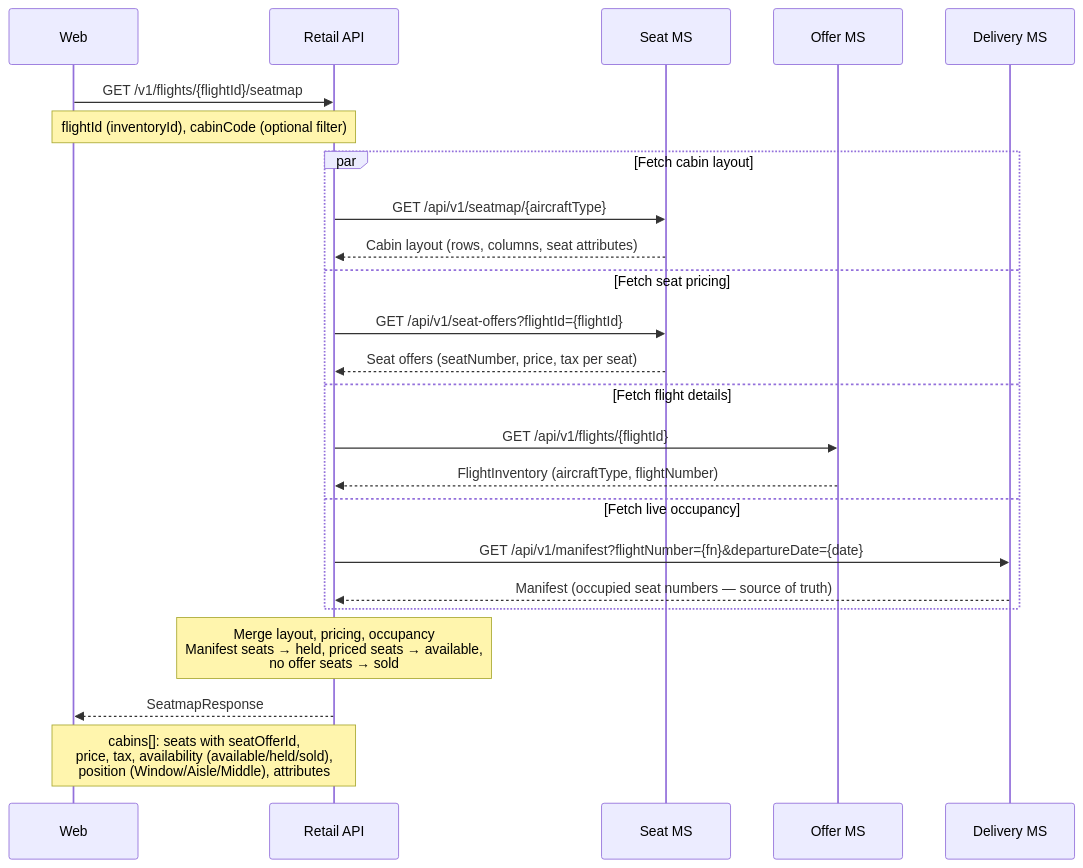
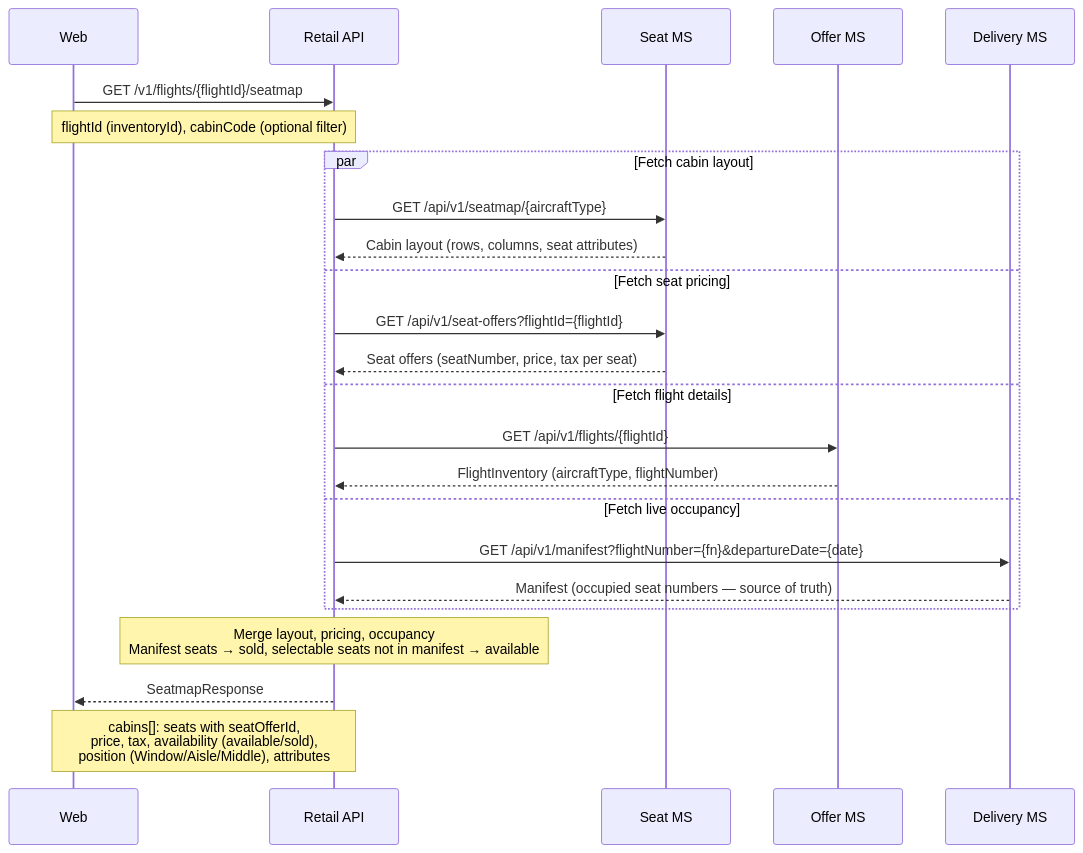
The third of 7 diagrams in documentation/sequences/check-in.md (sebharvey/airline-reservation-system), drawn with Mermaid before and after one commit. The commit also changed 9 other files, not shown here.

First line of the commit message:
docs: remove SeatReservation — derive seatmap occupancy from Delivery MS manifest

````diff
--- a/documentation/sequences/check-in.md
+++ b/documentation/sequences/check-in.md
@@ -75,30 +75,30 @@
 ```mermaid
 sequenceDiagram
     participant Web
     participant RetailAPI as Retail API
     participant SeatMS as Seat MS
     participant OfferMS as Offer MS
     participant DeliveryMS as Delivery MS
 
     Web->>RetailAPI: GET /v1/flights/{flightId}/seatmap
     Note over Web,RetailAPI: flightId (inventoryId), cabinCode (optional filter)
 
     par Fetch cabin layout
         RetailAPI->>SeatMS: GET /api/v1/seatmap/{aircraftType}
         SeatMS-->>RetailAPI: Cabin layout (rows, columns, seat attributes)
     and Fetch seat pricing
         RetailAPI->>SeatMS: GET /api/v1/seat-offers?flightId={flightId}
         SeatMS-->>RetailAPI: Seat offers (seatNumber, price, tax per seat)
     and Fetch flight details
         RetailAPI->>OfferMS: GET /api/v1/flights/{flightId}
         OfferMS-->>RetailAPI: FlightInventory (aircraftType, flightNumber)
     and Fetch live occupancy
         RetailAPI->>DeliveryMS: GET /api/v1/manifest?flightNumber={fn}&departureDate={date}
         DeliveryMS-->>RetailAPI: Manifest (occupied seat numbers — source of truth)
     end
 
-    Note over RetailAPI: Merge layout, pricing, occupancy<br/>Manifest seats → held, priced seats → available,<br/>no offer seats → sold
+    Note over RetailAPI: Merge layout, pricing, occupancy<br/>Manifest seats → sold, selectable seats not in manifest → available
 
     RetailAPI-->>Web: SeatmapResponse
-    Note over RetailAPI,Web: cabins[]: seats with seatOfferId,<br/>price, tax, availability (available/held/sold),<br/>position (Window/Aisle/Middle), attributes
+    Note over RetailAPI,Web: cabins[]: seats with seatOfferId,<br/>price, tax, availability (available/sold),<br/>position (Window/Aisle/Middle), attributes
 ```
````
